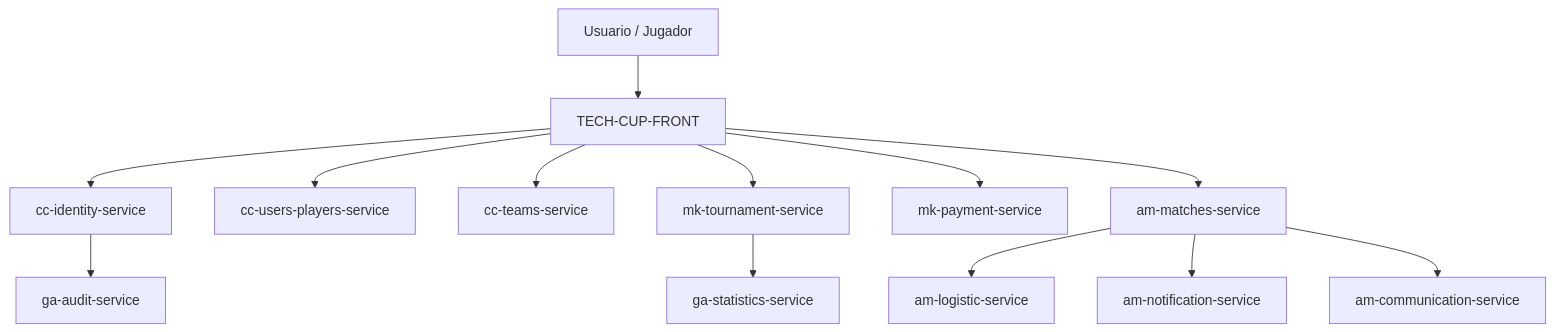
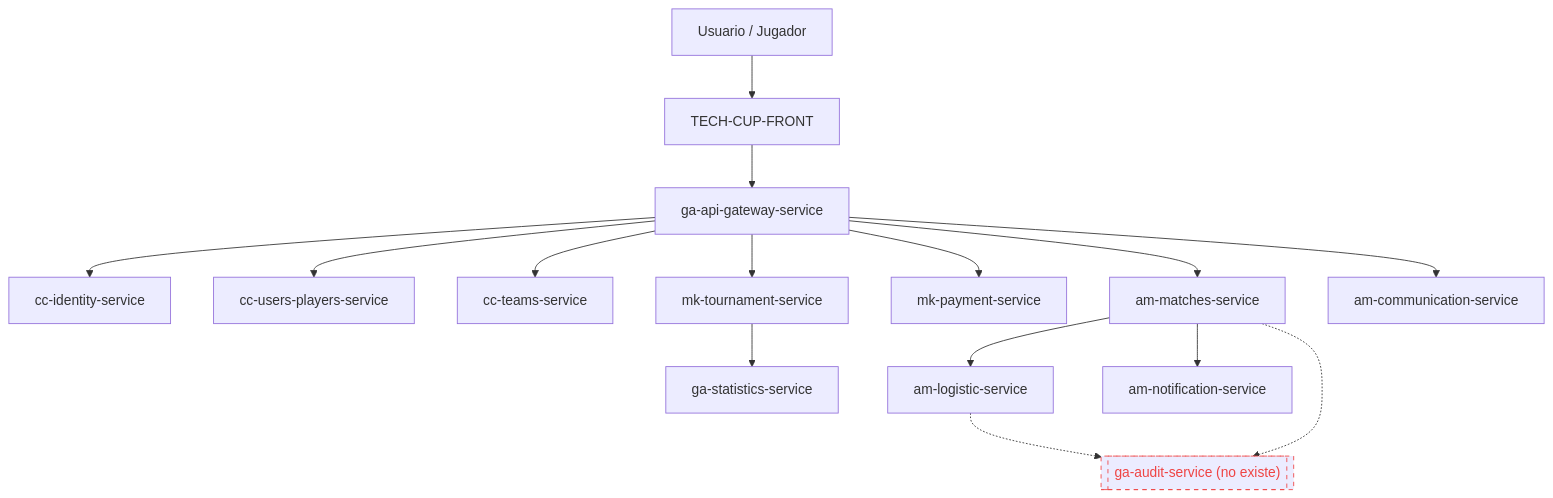
The diagram in docs/arquitectura.md (TECH-CUP-2026-INT/TECH-CUP-2026-Docs), drawn with Mermaid before and after one commit. The commit also changed other lines of this file and 8 other files, not shown here.

````diff
--- a/docs/arquitectura.md
+++ b/docs/arquitectura.md
@@ -15,15 +31,19 @@
 ```mermaid
 graph TD
     Usuario[Usuario / Jugador] --> Front[TECH-CUP-FRONT]
-    Front --> Identity[cc-identity-service]
-    Front --> Users[cc-users-players-service]
-    Front --> Teams[cc-teams-service]
-    Front --> Tournament[mk-tournament-service]
-    Front --> Payment[mk-payment-service]
-    Front --> Matches[am-matches-service]
+    Front --> Gateway[ga-api-gateway-service]
+    Gateway --> Identity[cc-identity-service]
+    Gateway --> Users[cc-users-players-service]
+    Gateway --> Teams[cc-teams-service]
+    Gateway --> Tournament[mk-tournament-service]
+    Gateway --> Payment[mk-payment-service]
+    Gateway --> Matches[am-matches-service]
+    Gateway --> Communication[am-communication-service]
     Matches --> Logistic[am-logistic-service]
     Matches --> Notification[am-notification-service]
-    Matches --> Communication[am-communication-service]
     Tournament --> Statistics[ga-statistics-service]
-    Identity --> Audit[ga-audit-service]
+    Matches -.-> Audit[["ga-audit-service (no existe)"]]
+    Logistic -.-> Audit
+    classDef missing stroke-dasharray: 5 5,stroke:#EF4444,color:#EF4444
+    class Audit missing
 ```
````
